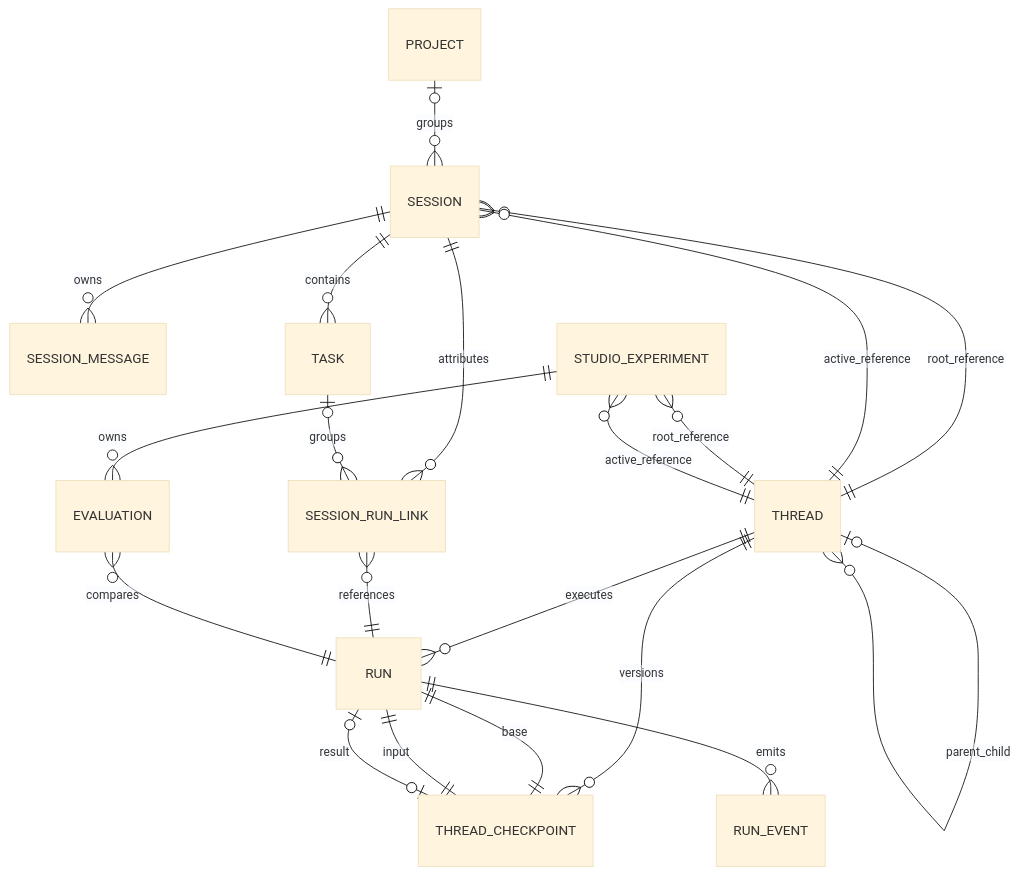
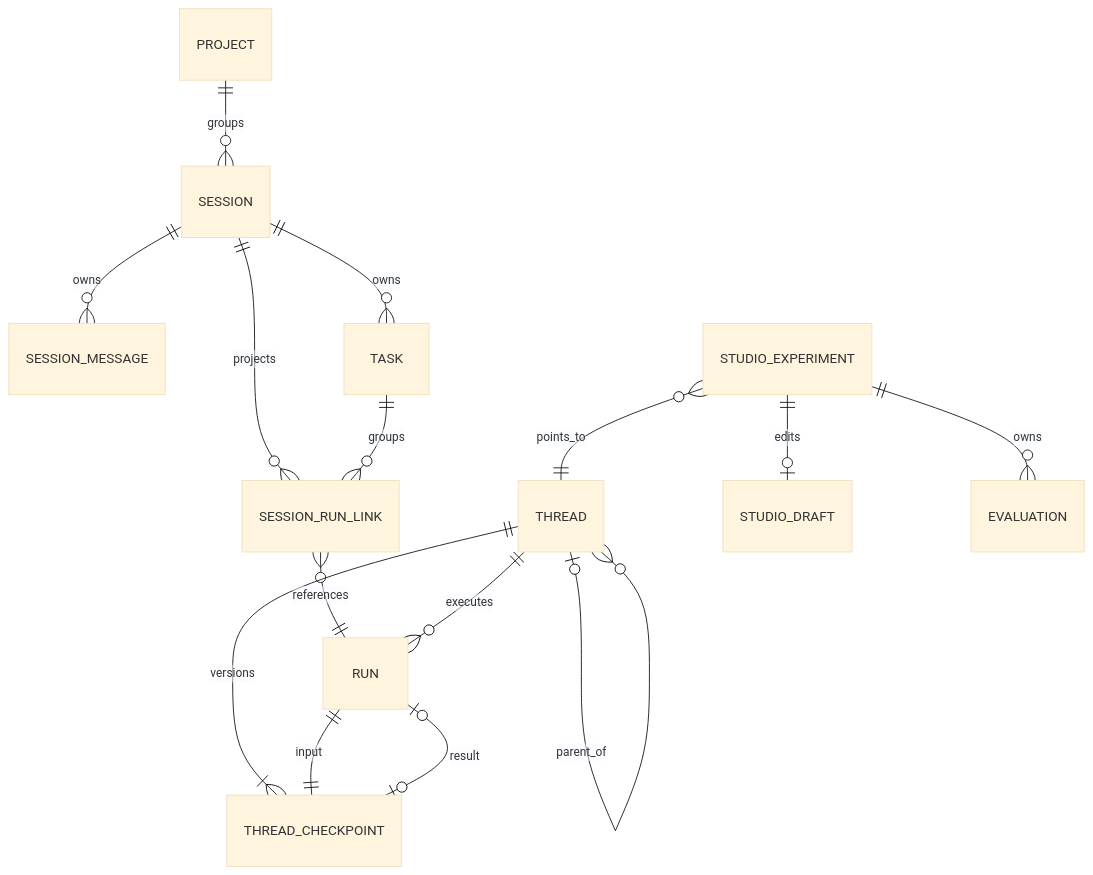
One commit to kodama-creative/ai-studio changed the second of 7 diagrams in docs/architecture/agent-application-engine-architecture.md. Above: the diagram before and after it, drawn with Mermaid (base theme). The commit also changed other lines of this file and 167 other files, not shown here.

````diff
--- a/docs/architecture/agent-application-engine-architecture.md
+++ b/docs/architecture/agent-application-engine-architecture.md
@@ -495,25 +96,19 @@
 ```mermaid
 erDiagram
-  PROJECT o|--o{ SESSION : groups
+  PROJECT ||--o{ SESSION : groups
   SESSION ||--o{ SESSION_MESSAGE : owns
-  SESSION ||--o{ TASK : contains
-  SESSION ||--o{ SESSION_RUN_LINK : attributes
-  TASK o|--o{ SESSION_RUN_LINK : groups
+  SESSION ||--o{ TASK : owns
+  SESSION ||--o{ SESSION_RUN_LINK : projects
+  TASK ||--o{ SESSION_RUN_LINK : groups
+  SESSION_RUN_LINK }o--|| RUN : references
 
-  THREAD o|--o{ THREAD : parent_child
-  THREAD ||--o{ THREAD_CHECKPOINT : versions
+  THREAD ||--|{ THREAD_CHECKPOINT : versions
   THREAD ||--o{ RUN : executes
-  RUN ||--|| THREAD_CHECKPOINT : base
+  THREAD o|--o{ THREAD : parent_of
   RUN ||--|| THREAD_CHECKPOINT : input
   RUN o|--o| THREAD_CHECKPOINT : result
-  RUN ||--o{ RUN_EVENT : emits
 
-  SESSION_RUN_LINK }o--|| RUN : references
-  SESSION }o--|| THREAD : root_reference
-  SESSION }o--|| THREAD : active_reference
-
-  STUDIO_EXPERIMENT }o--|| THREAD : root_reference
-  STUDIO_EXPERIMENT }o--|| THREAD : active_reference
+  STUDIO_EXPERIMENT }o--|| THREAD : points_to
+  STUDIO_EXPERIMENT ||--o| STUDIO_DRAFT : edits
   STUDIO_EXPERIMENT ||--o{ EVALUATION : owns
-  EVALUATION }o--|| RUN : compares
 ```
````
